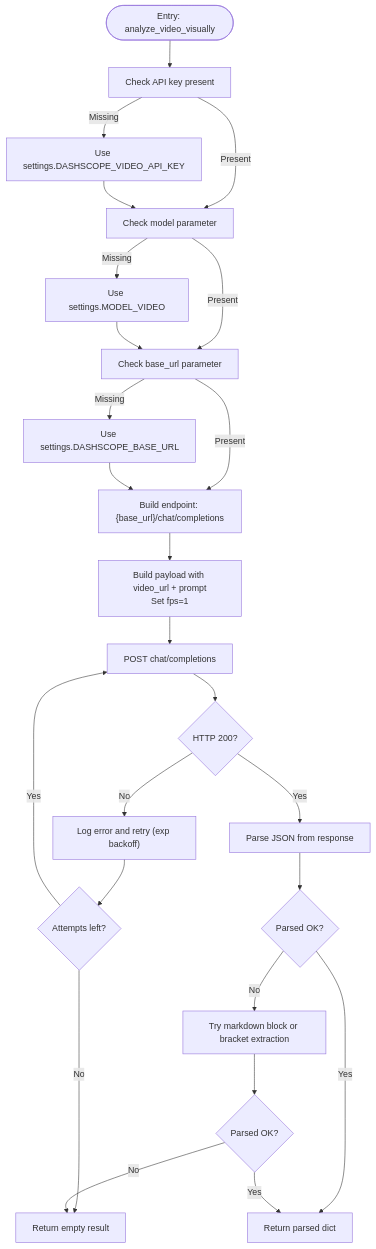
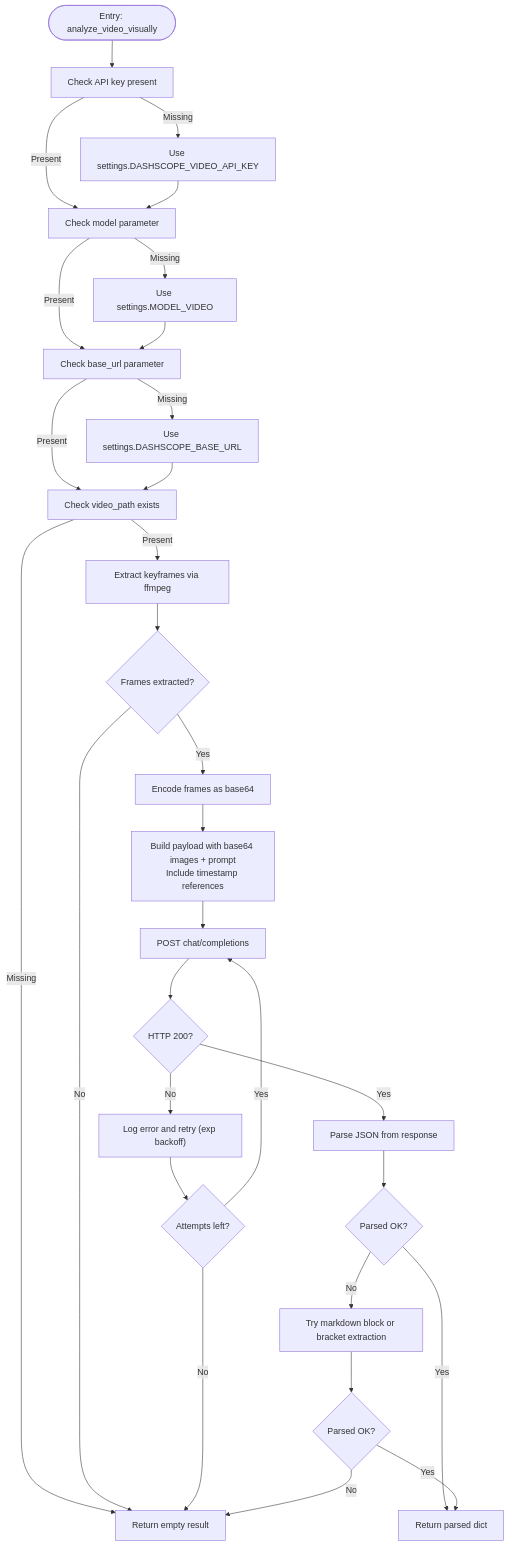
Before and after one commit to alexandreybasta-cyber/dubai-media-ai: the third of 7 diagrams in .qoder/repowiki/en/content/Media Processing Pipeline/Visual Analysis Stage.md, drawn with Mermaid. The commit also changed other lines of this file and 48 other files, not shown here.

````diff
--- a/.qoder/repowiki/en/content/Media Processing Pipeline/Visual Analysis Stage.md
+++ b/.qoder/repowiki/en/content/Media Processing Pipeline/Visual Analysis Stage.md
@@ -149,27 +174,32 @@
 ```mermaid
 flowchart TD
 Start(["Entry: analyze_video_visually"]) --> CheckKey["Check API key present"]
 CheckKey --> |Missing| FallbackKey["Use settings.DASHSCOPE_VIDEO_API_KEY"]
 CheckKey --> |Present| CheckModel["Check model parameter"]
 CheckModel --> |Missing| FallbackModel["Use settings.MODEL_VIDEO"]
 CheckModel --> |Present| CheckBaseURL["Check base_url parameter"]
 CheckBaseURL --> |Missing| FallbackBaseURL["Use settings.DASHSCOPE_BASE_URL"]
-CheckBaseURL --> |Present| BuildEndpoint["Build endpoint: {base_url}/chat/completions"]
+CheckBaseURL --> |Present| CheckVideo["Check video_path exists"]
 FallbackKey --> CheckModel
 FallbackModel --> CheckBaseURL
-FallbackBaseURL --> BuildEndpoint
-BuildEndpoint --> BuildPayload["Build payload with video_url + prompt<br/>Set fps=1"]
+FallbackBaseURL --> CheckVideo
+CheckVideo --> |Missing| Empty["Return empty result"]
+CheckVideo --> |Present| ExtractFrames["Extract keyframes via ffmpeg"]
+ExtractFrames --> FramesOK{"Frames extracted?"}
+FramesOK --> |No| Empty
+FramesOK --> |Yes| EncodeFrames["Encode frames as base64"]
+EncodeFrames --> BuildPayload["Build payload with base64 images + prompt<br/>Include timestamp references"]
 BuildPayload --> CallAPI["POST chat/completions"]
 CallAPI --> RespOK{"HTTP 200?"}
 RespOK --> |No| LogErr["Log error and retry (exp backoff)"]
 LogErr --> Attempts{"Attempts left?"}
 Attempts --> |Yes| CallAPI
-Attempts --> |No| Empty["Return empty result"]
+Attempts --> |No| Empty
 RespOK --> |Yes| Parse["Parse JSON from response"]
 Parse --> Parsed{"Parsed OK?"}
 Parsed --> |Yes| Return["Return parsed dict"]
 Parsed --> |No| Fallback["Try markdown block or bracket extraction"]
 Fallback --> Parsed2{"Parsed OK?"}
 Parsed2 --> |Yes| Return
 Parsed2 --> |No| Empty
 ```
````
